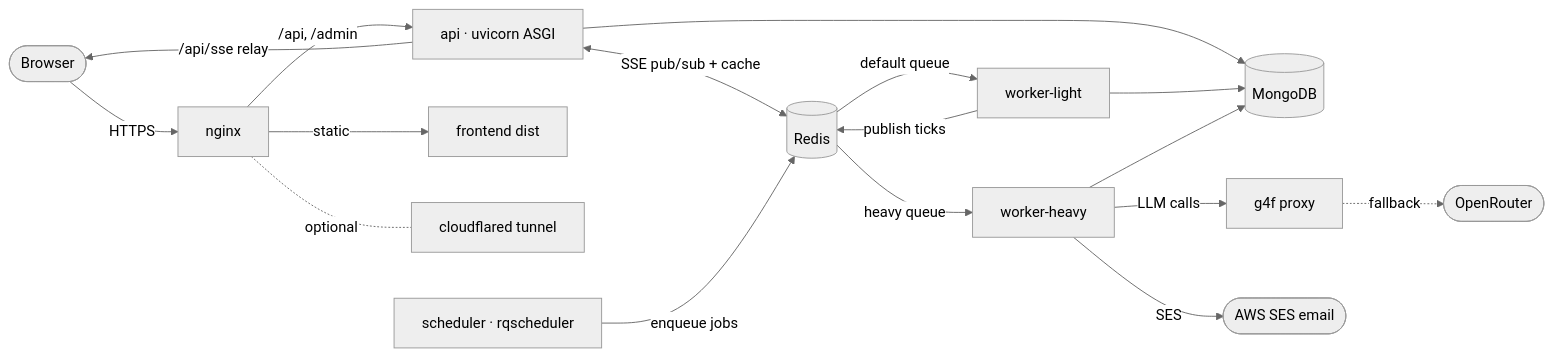
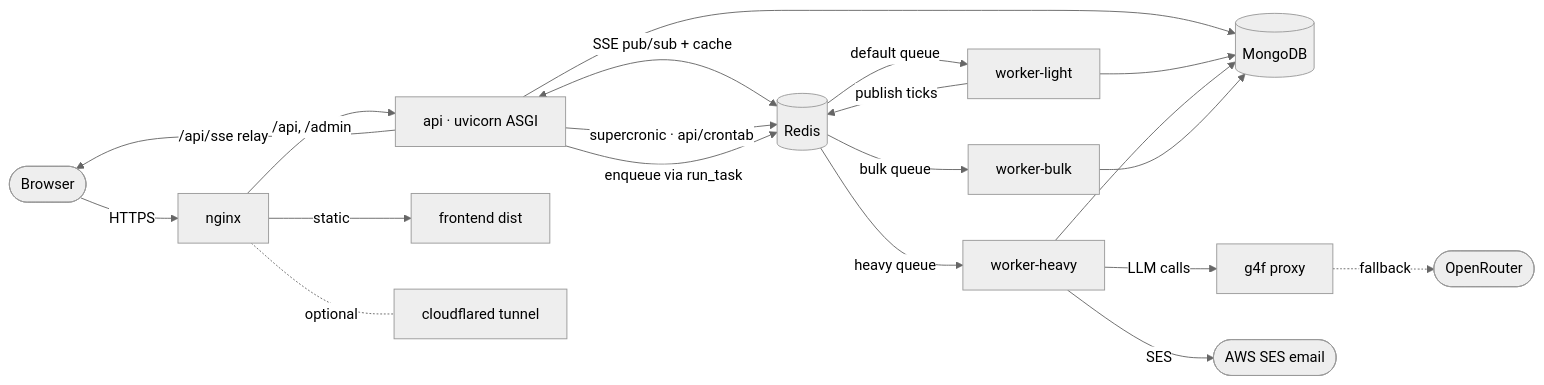
The first of 3 diagrams in docs/architecture.md (jameelhamdan/event-horizon), drawn with Mermaid (neutral theme) before and after one commit. The commit also changed other lines of this file and 21 other files, not shown here.

````diff
--- a/docs/architecture.md
+++ b/docs/architecture.md
@@ -38,21 +38,24 @@
 ```mermaid
 flowchart LR
     USER([Browser]) -->|HTTPS| NGINX[nginx]
     NGINX -->|/api, /admin| API[api · uvicorn ASGI]
     NGINX -->|static| FE[frontend dist]
     NGINX -.optional.- CF[cloudflared tunnel]
 
     API --> MONGO[(MongoDB)]
     API <-->|SSE pub/sub + cache| REDIS[(Redis)]
 
-    SCHED[scheduler · rqscheduler] -->|enqueue jobs| REDIS
+    API -->|supercronic · api/crontab| REDIS
+    API -->|enqueue via run_task| REDIS
     REDIS -->|default queue| WL[worker-light]
     REDIS -->|heavy queue| WH[worker-heavy]
+    REDIS -->|bulk queue| WB[worker-bulk]
     WL --> MONGO
     WH --> MONGO
+    WB --> MONGO
     WH -->|LLM calls| G4F[g4f proxy]
     G4F -.->|fallback| EXT([OpenRouter])
     WH -->|SES| SES([AWS SES email])
     WL -->|publish ticks| REDIS
     API -->|/api/sse relay| USER
 ```
````
